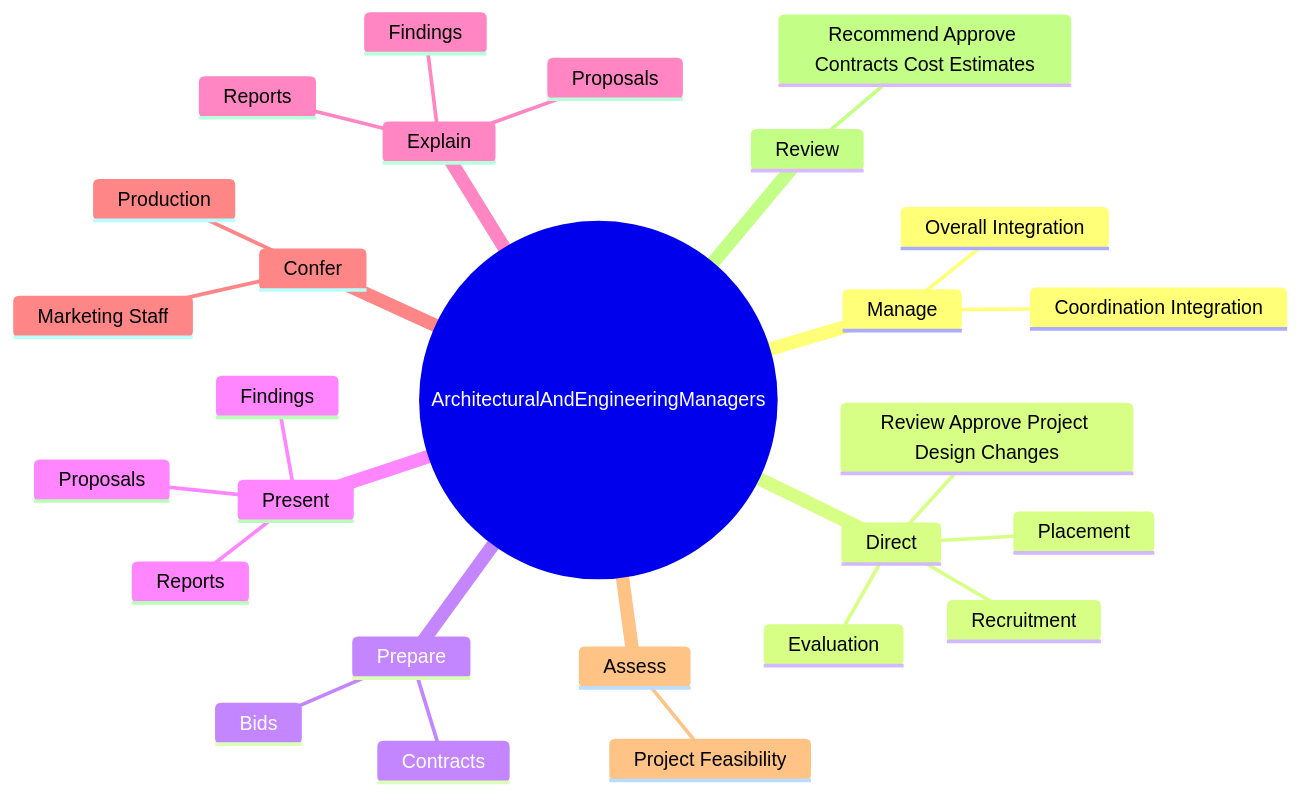
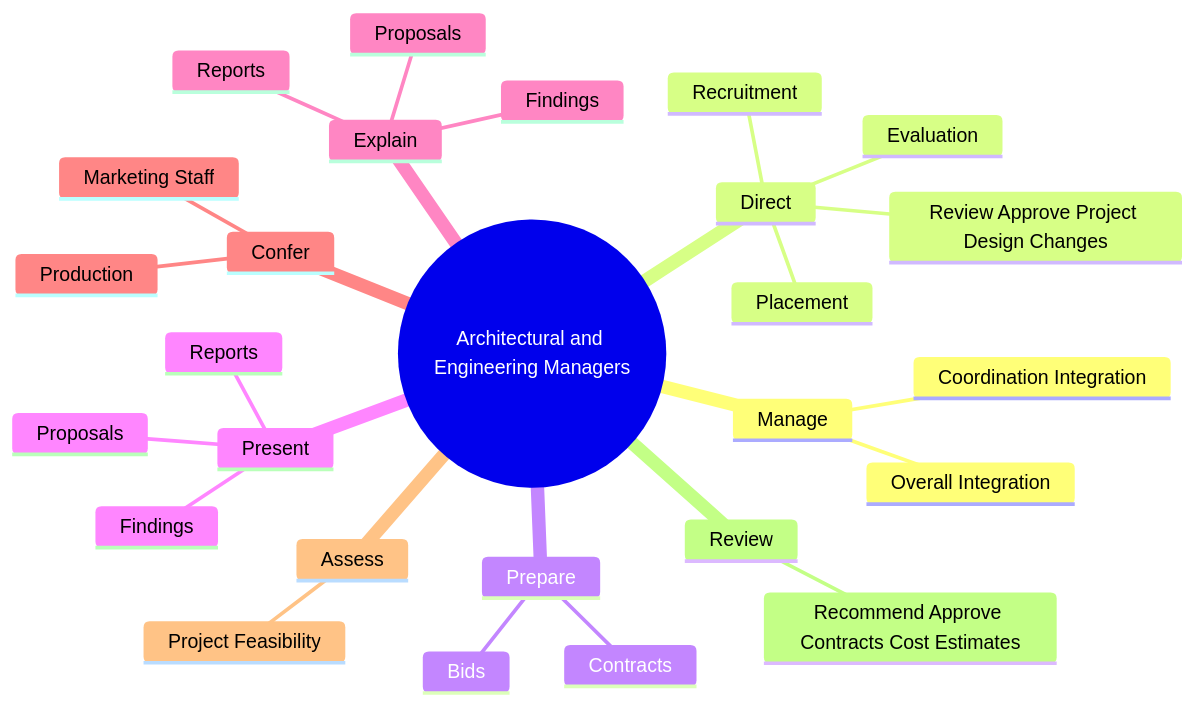
Before and after one commit to kziemski/business.org.ai: the second of 4 diagrams in occupations/Management/ArchitecturalAndEngineeringManagers.mdx, drawn with Mermaid. The commit also changed other lines of this file and 938 other files, not shown here.

````diff
--- a/occupations/Management/ArchitecturalAndEngineeringManagers.mdx
+++ b/occupations/Management/ArchitecturalAndEngineeringManagers.mdx
@@ -38,30 +46,30 @@
 ```mermaid
 mindmap
-    root(("ArchitecturalAndEngineeringManagers"))
+    root(("Architectural and Engineering Managers"))
         Manage
             Coordination Integration
             Overall Integration
         Direct
             Review Approve Project Design Changes
             Recruitment
             Placement
             Evaluation
         Prepare
             Bids
             Contracts
         Present
             Proposals
             Reports
             Findings
         Explain
             Proposals
             Reports
             Findings
         Confer
             Production
             Marketing Staff
         Assess
             Project Feasibility
         Review
             Recommend Approve Contracts Cost Estimates
 ```
````
